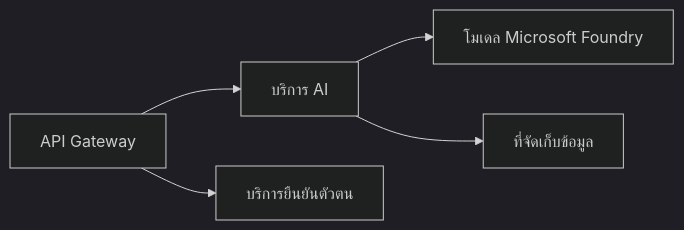
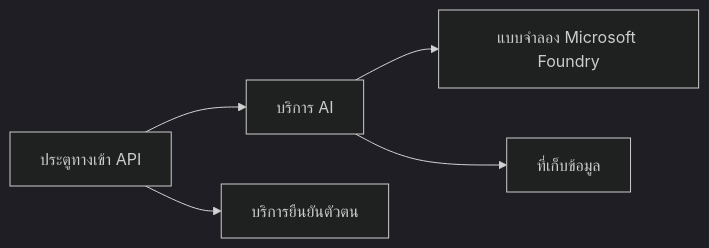
One commit to microsoft/AZD-for-beginners changed the first of 2 diagrams in translations/th/docs/chapter-08-production/README.md. Above: the diagram before and after it, drawn with Mermaid (dark theme). The commit also changed other lines of this file and 59 other files, not shown here.

````diff
--- a/translations/th/docs/chapter-08-production/README.md
+++ b/translations/th/docs/chapter-08-production/README.md
@@ -48,6 +48,6 @@
 ```mermaid
 graph LR
-    Gateway[API Gateway] --> AI[บริการ AI] --> Models[โมเดล Microsoft Foundry]
+    Gateway[ประตูทางเข้า API] --> AI[บริการ AI] --> Models[แบบจำลอง Microsoft Foundry]
     Gateway --> Auth[บริการยืนยันตัวตน]
-    AI --> Data[ที่จัดเก็บข้อมูล]
+    AI --> Data[ที่เก็บข้อมูล]
 ```
````
